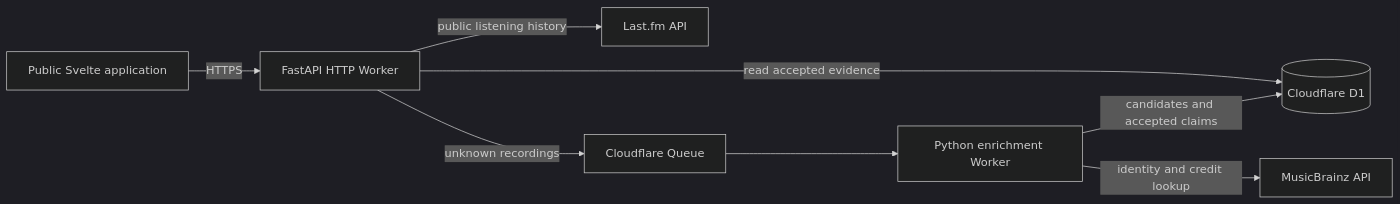
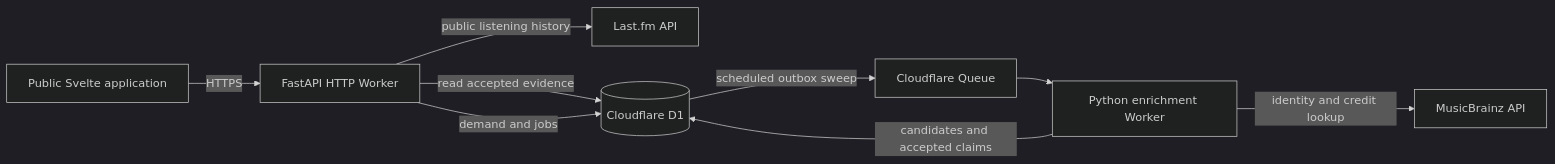
One commit to rosa-gus/timbre-palette changed the diagram in README.md. Above: the diagram before and after it, drawn with Mermaid (dark theme). The commit also changed other lines of this file and 14 other files, not shown here.

Commit message:
feat(api-0.3.2): optimizes queue usage

````diff
--- a/README.md
+++ b/README.md
@@ -55,10 +55,11 @@
 ```mermaid
 flowchart LR
     Browser[Public Svelte application] -->|HTTPS| API[FastAPI HTTP Worker]
     API -->|public listening history| LastFM[Last.fm API]
     API -->|read accepted evidence| D1[(Cloudflare D1)]
-    API -->|unknown recordings| Queue[Cloudflare Queue]
+    API -->|demand and jobs| D1[(Cloudflare D1)]
+    D1 -->|scheduled outbox sweep| Queue[Cloudflare Queue]
     Queue --> Enricher[Python enrichment Worker]
     Enricher -->|identity and credit lookup| MusicBrainz[MusicBrainz API]
     Enricher -->|candidates and accepted claims| D1
 ```
````
